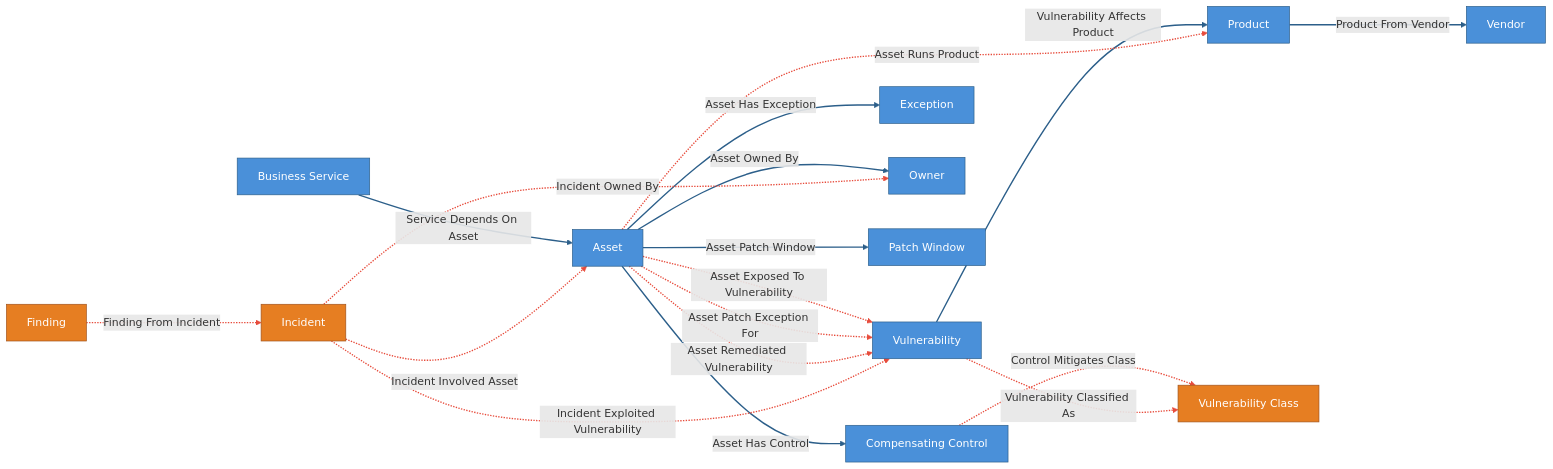
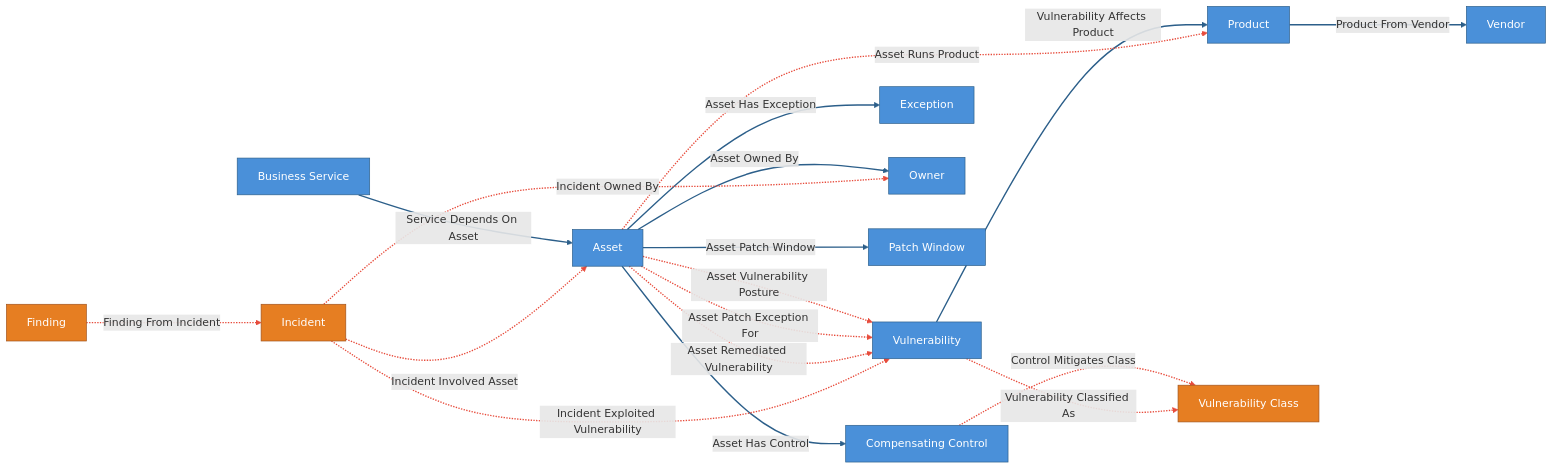
The first of 3 diagrams in kits/kev-triage/README.md (cruxible-ai/cruxible), drawn with Mermaid before and after one commit. The commit also changed other lines of this file and 3 other files, not shown here.

````diff
--- a/kits/kev-triage/README.md
+++ b/kits/kev-triage/README.md
@@ -40,43 +40,43 @@
 ```mermaid
 flowchart LR
   classDef canonicalEntity fill:#4a90d9,stroke:#2c5f8a,color:#fff
   classDef governedEntity fill:#e67e22,stroke:#a0521c,color:#fff
 
   entity_Asset["Asset"]
   entity_BusinessService["Business Service"]
   entity_CompensatingControl["Compensating Control"]
   entity_Exception["Exception"]
   entity_Finding["Finding"]
   entity_Incident["Incident"]
   entity_Owner["Owner"]
   entity_PatchWindow["Patch Window"]
   entity_Product["Product"]
   entity_Vendor["Vendor"]
   entity_Vulnerability["Vulnerability"]
   entity_VulnerabilityClass["Vulnerability Class"]
   class entity_Asset,entity_BusinessService,entity_CompensatingControl,entity_Exception,entity_Owner,entity_PatchWindow,entity_Product,entity_Vendor,entity_Vulnerability canonicalEntity
   class entity_Finding,entity_Incident,entity_VulnerabilityClass governedEntity
 
   %% Deterministic canonical relationships
   entity_Asset -- "Asset Has Control" --> entity_CompensatingControl
   entity_Asset -- "Asset Has Exception" --> entity_Exception
   entity_Asset -- "Asset Owned By" --> entity_Owner
   entity_Asset -- "Asset Patch Window" --> entity_PatchWindow
   entity_Product -- "Product From Vendor" --> entity_Vendor
   entity_BusinessService -- "Service Depends On Asset" --> entity_Asset
   entity_Vulnerability -- "Vulnerability Affects Product" --> entity_Product
 
   %% Governed proposal/review relationships
-  entity_Asset -. "Asset Exposed To Vulnerability" .-> entity_Vulnerability
+  entity_Asset -. "Asset Vulnerability Posture" .-> entity_Vulnerability
   entity_Asset -. "Asset Patch Exception For" .-> entity_Vulnerability
   entity_Asset -. "Asset Remediated Vulnerability" .-> entity_Vulnerability
   entity_Asset -. "Asset Runs Product" .-> entity_Product
   entity_CompensatingControl -. "Control Mitigates Class" .-> entity_VulnerabilityClass
   entity_Finding -. "Finding From Incident" .-> entity_Incident
   entity_Incident -. "Incident Exploited Vulnerability" .-> entity_Vulnerability
   entity_Incident -. "Incident Involved Asset" .-> entity_Asset
   entity_Incident -. "Incident Owned By" .-> entity_Owner
   entity_Vulnerability -. "Vulnerability Classified As" .-> entity_VulnerabilityClass
   linkStyle 0,1,2,3,4,5,6 stroke:#2c5f8a,stroke-width:2px
   linkStyle 7,8,9,10,11,12,13,14,15,16 stroke:#e74c3c,stroke-width:2px
 ```
````
